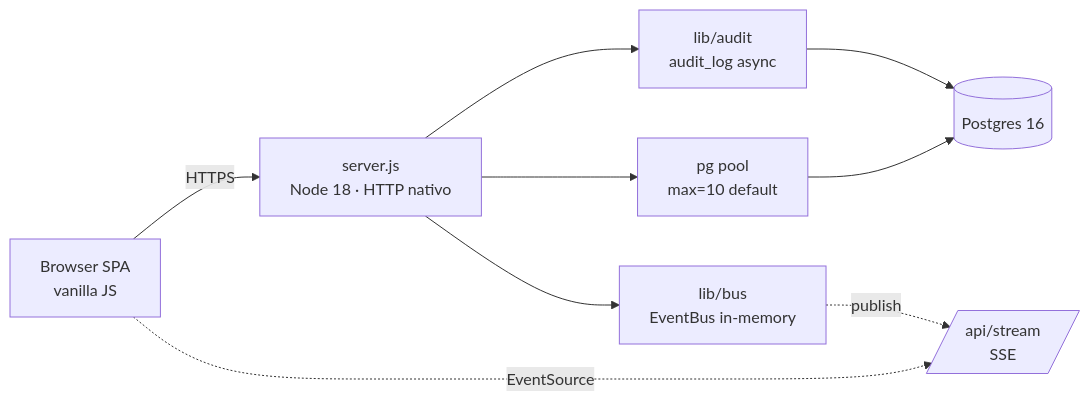
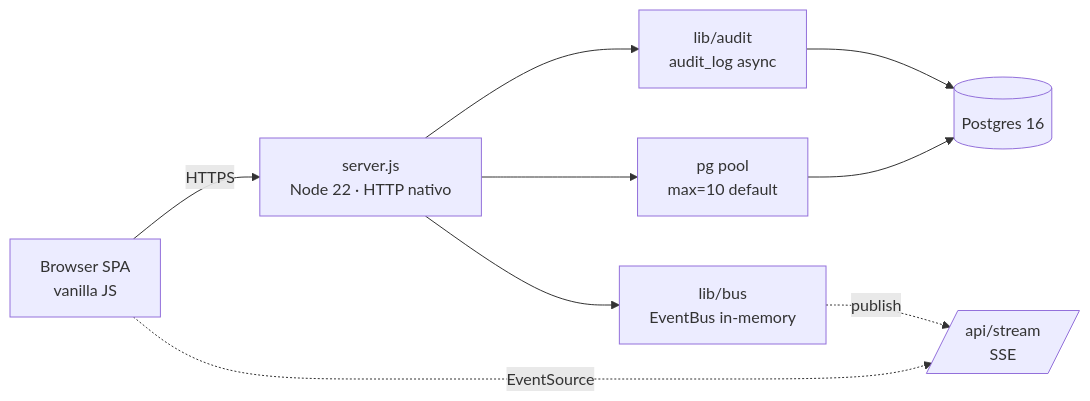
Before and after one commit to honorist/Rhino: the first of 14 diagrams in docs/ARCHITECTURE.md, drawn with Mermaid. The commit also changed 10 other files, not shown here.

````diff
--- a/docs/ARCHITECTURE.md
+++ b/docs/ARCHITECTURE.md
@@ -26,11 +26,11 @@
 ```mermaid
 flowchart LR
-    spa[Browser SPA<br/>vanilla JS] -- HTTPS --> srv[server.js<br/>Node 18 · HTTP nativo]
+    spa[Browser SPA<br/>vanilla JS] -- HTTPS --> srv[server.js<br/>Node 22 · HTTP nativo]
     spa -. EventSource .-> stream[/api/stream<br/>SSE/]
     srv --> pool[pg pool<br/>max=10 default]
     pool --> pg[(Postgres 16)]
     srv --> bus[lib/bus<br/>EventBus in-memory]
     bus -. publish .-> stream
     srv --> audit[lib/audit<br/>audit_log async]
     audit --> pg
 ```
````
